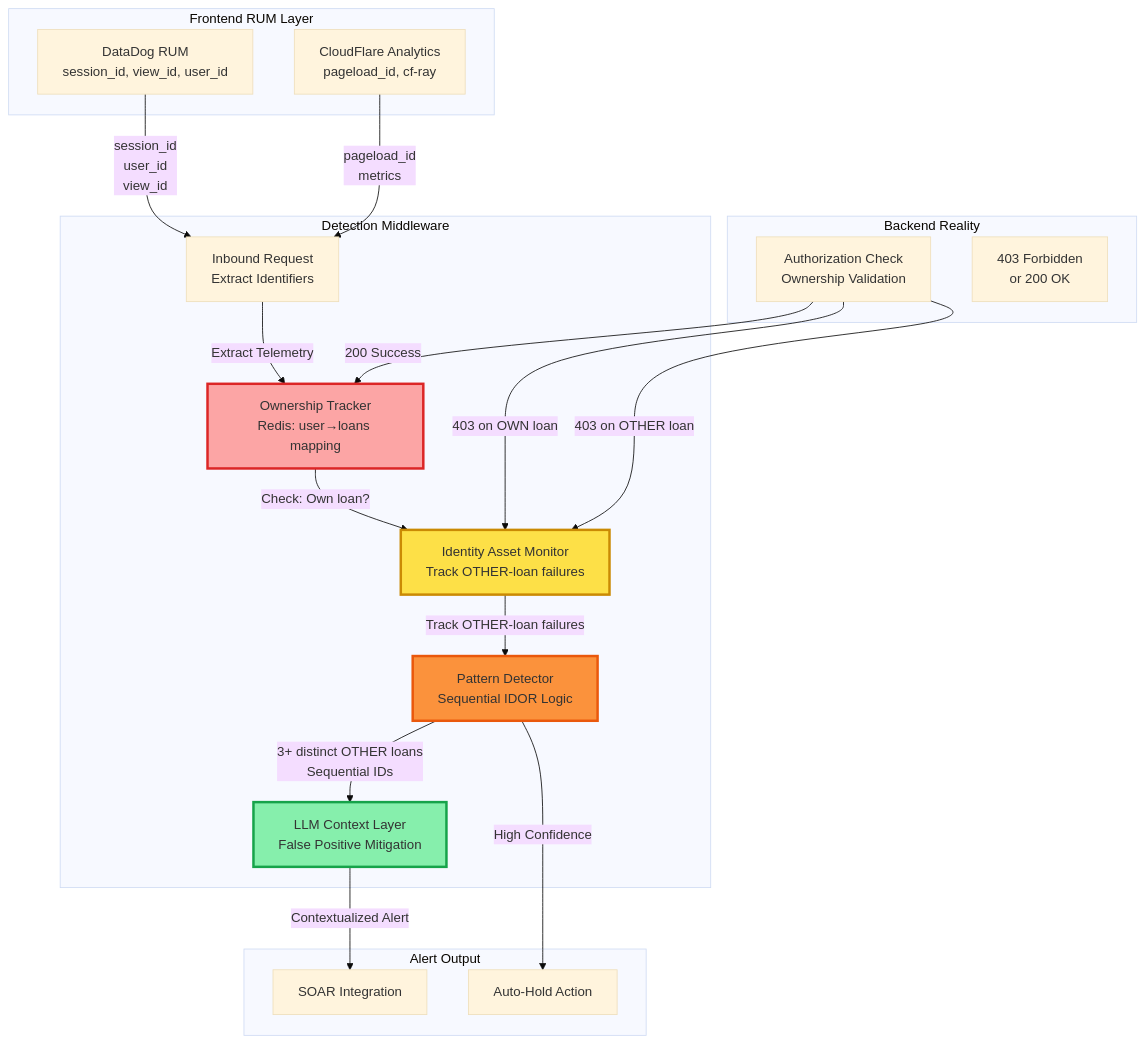
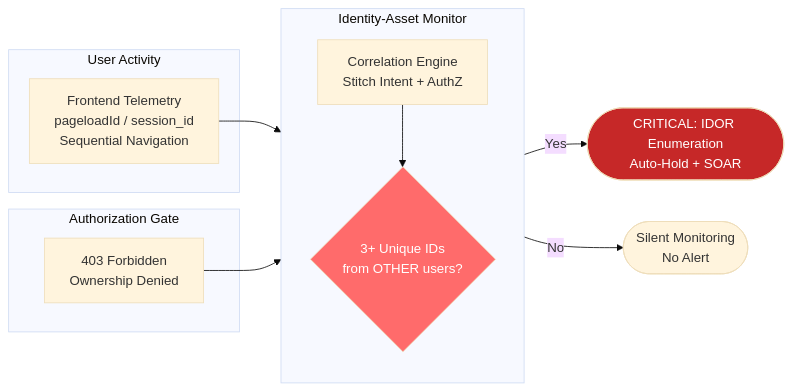
The second of 2 diagrams in README.md (mikewolf256/llm-soc-triage), drawn with Mermaid (base theme) before and after one commit. The commit also changed other lines of this file, not shown here.

First line of the commit message:
docs: Refactor IDOR section to threat-scenario narrative and remove interview content

````diff
--- a/README.md
+++ b/README.md
@@ -685,47 +695,25 @@
 ```mermaid
-flowchart TB
-    subgraph frontend [Frontend RUM Layer]
-        DataDog[DataDog RUM<br/>session_id, view_id, user_id]
-        CloudFlare[CloudFlare Analytics<br/>pageload_id, cf-ray]
+flowchart LR
+    subgraph Frontend [User Activity]
+        RUM[Frontend Telemetry<br/>pageloadId / session_id<br/>Sequential Navigation]
     end
+
+    subgraph Middleware [Identity-Asset Monitor]
+        direction TB
+        Track[Correlation Engine<br/>Stitch Intent + AuthZ]
+        Logic{3+ Unique IDs<br/>from OTHER users?}
+    end
+
+    subgraph Backend [Authorization Gate]
+        Auth[403 Forbidden<br/>Ownership Denied]
+    end
+
+    RUM --> Track
+    Auth --> Track
+    Track --> Logic
+    Logic -->|Yes| Alert([CRITICAL: IDOR Enumeration<br/>Auto-Hold + SOAR])
+    Logic -->|No| Log([Silent Monitoring<br/>No Alert])
     
-    subgraph middleware [Detection Middleware]
-        Inbound[Inbound Request<br/>Extract Identifiers]
-        Ownership[Ownership Tracker<br/>Redis: user→loans mapping]
-        Monitor[Identity Asset Monitor<br/>Track OTHER-loan failures]
-        Detector[Pattern Detector<br/>Sequential IDOR Logic]
-        LLM[LLM Context Layer<br/>False Positive Mitigation]
-    end
-    
-    subgraph backend [Backend Reality]
-        AuthZ[Authorization Check<br/>Ownership Validation]
-        Response[403 Forbidden<br/>or 200 OK]
-    end
-    
-    subgraph output [Alert Output]
-        SOAR[SOAR Integration]
-        AutoHold[Auto-Hold Action]
-    end
-    
-    DataDog -->|session_id<br/>user_id<br/>view_id| Inbound
-    CloudFlare -->|pageload_id<br/>metrics| Inbound
-    
-    Inbound -->|Extract Telemetry| Ownership
-    Ownership -->|Check: Own loan?| Monitor
-    
-    AuthZ -->|200 Success| Ownership
-    AuthZ -->|403 on OWN loan| Monitor
-    AuthZ -->|403 on OTHER loan| Monitor
-    
-    Monitor -->|Track OTHER-loan failures| Detector
-    
-    Detector -->|3+ distinct OTHER loans<br/>Sequential IDs| LLM
-    Detector -->|High Confidence| AutoHold
-    
-    LLM -->|Contextualized Alert| SOAR
-    
-    style Ownership fill:#fca5a5,stroke:#dc2626,stroke-width:3px
-    style Monitor fill:#fde047,stroke:#ca8a04,stroke-width:3px
-    style Detector fill:#fb923c,stroke:#ea580c,stroke-width:3px
-    style LLM fill:#86efac,stroke:#16a34a,stroke-width:3px
+    style Logic fill:#ff6b6b,color:#fff
+    style Alert fill:#c62828,color:#fff
 ```
````
